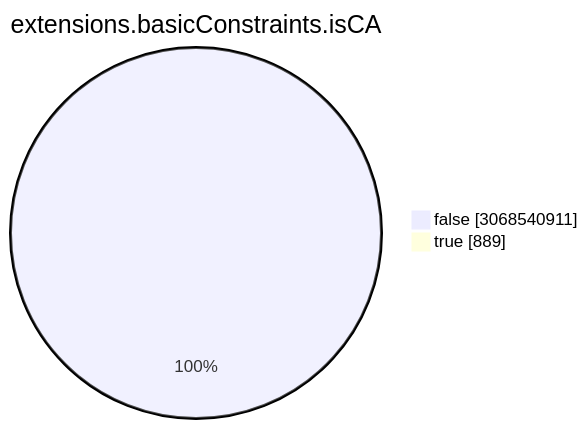
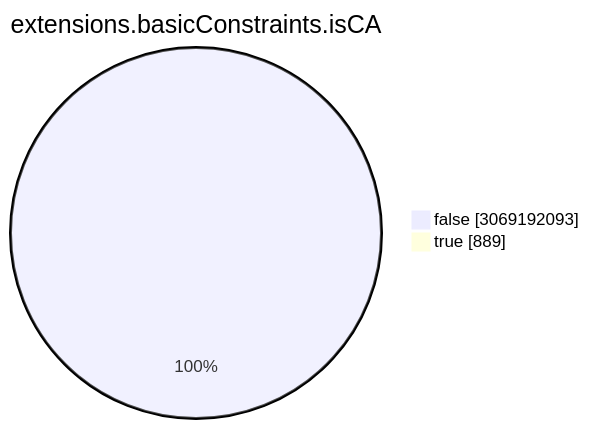
One commit to christiankrug/ctmonitor_visualization changed the seventh of 15 diagrams in TOTAL/README.md. Above: the diagram before and after it, drawn with Mermaid. The commit also changed other lines of this file, not shown here.

````diff
--- a/TOTAL/README.md
+++ b/TOTAL/README.md
@@ -3088,6 +3088,6 @@
 ```mermaid
 pie showData
 title extensions.basicConstraints.isCA
-"false" :3068540911
+"false" :3069192093
 "true" :889
 ```
````
